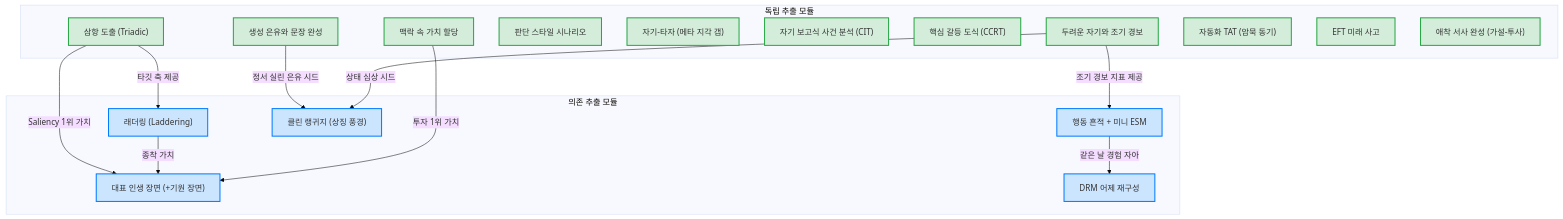
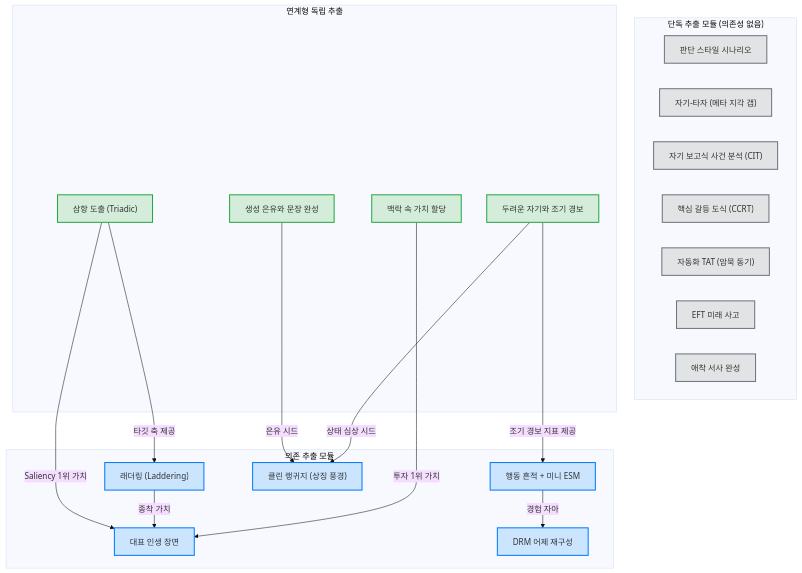
Before and after one commit to YiTanJang/extracting-the-human-mind: the diagram in Extracting the human mind.md, drawn with Mermaid (base theme).

Commit message:
chore: isolate standalone modules in dependency chart

````diff
--- a/Extracting the human mind.md
+++ b/Extracting the human mind.md
@@ -80,38 +80,40 @@
 ```mermaid
 graph TD
     classDef startNode fill:#d4edda,stroke:#28a745,stroke-width:2px;
     classDef depNode fill:#cce5ff,stroke:#007bff,stroke-width:2px;
-    classDef verifyNode fill:#fff3cd,stroke:#ffc107,stroke-width:3px,stroke-dasharray: 5 5;
-    classDef outputNode fill:#f8d7da,stroke:#dc3545,stroke-width:2px;
+    classDef standaloneNode fill:#e2e3e5,stroke:#6c757d,stroke-width:2px;
 
-    subgraph "독립 추출 모듈"
+    subgraph "단독 추출 모듈 (의존성 없음)"
+        M4["판단 스타일 시나리오"]:::standaloneNode
+        M5["자기-타자 (메타 지각 갭)"]:::standaloneNode
+        M6["자기 보고식 사건 분석 (CIT)"]:::standaloneNode
+        M7["핵심 갈등 도식 (CCRT)"]:::standaloneNode
+        M9["자동화 TAT (암묵 동기)"]:::standaloneNode
+        M10["EFT 미래 사고"]:::standaloneNode
+        M11["애착 서사 완성"]:::standaloneNode
+    end
+
+    subgraph "연계형 독립 추출"
         M1["생성 은유와 문장 완성"]:::startNode
         M2["맥락 속 가치 할당"]:::startNode
         M3["두려운 자기와 조기 경보"]:::startNode
-        M4["판단 스타일 시나리오"]:::startNode
-        M5["자기-타자 (메타 지각 갭)"]:::startNode
-        M6["자기 보고식 사건 분석 (CIT)"]:::startNode
-        M7["핵심 갈등 도식 (CCRT)"]:::startNode
         M8["삼항 도출 (Triadic)"]:::startNode
-        M9["자동화 TAT (암묵 동기)"]:::startNode
-        M10["EFT 미래 사고"]:::startNode
-        M11["애착 서사 완성 (가설-투사)"]:::startNode
     end
 
     subgraph "의존 추출 모듈"
         D1["래더링 (Laddering)"]:::depNode
-        D2["대표 인생 장면 (+기원 장면)"]:::depNode
+        D2["대표 인생 장면"]:::depNode
         D3["행동 흔적 + 미니 ESM"]:::depNode
         D4["DRM 어제 재구성"]:::depNode
         D5["클린 랭귀지 (상징 풍경)"]:::depNode
     end
 
     M8 -->|타깃 축 제공| D1
     M8 -->|Saliency 1위 가치| D2
     D1 -->|종착 가치| D2
     M2 -->|투자 1위 가치| D2
     M3 -->|조기 경보 지표 제공| D3
-    D3 -->|같은 날 경험 자아| D4
-    M1 -->|정서 실린 은유 시드| D5
+    D3 -->|경험 자아| D4
+    M1 -->|은유 시드| D5
     M3 -->|상태 심상 시드| D5
 ```
````
